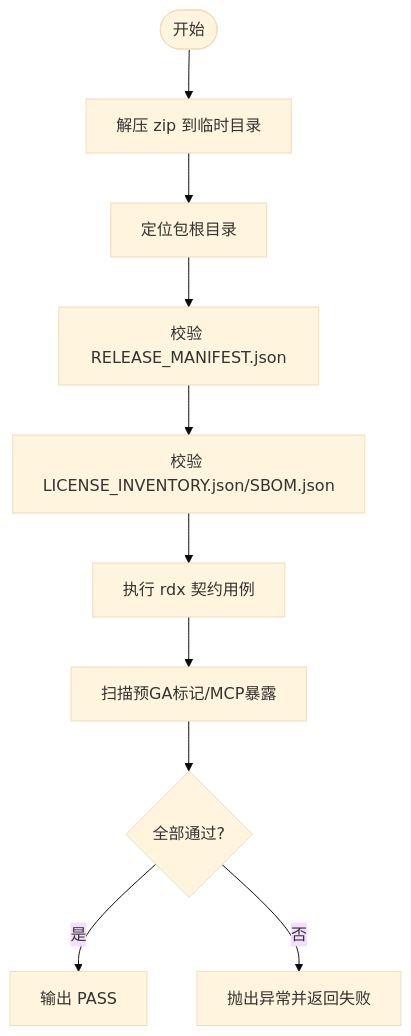
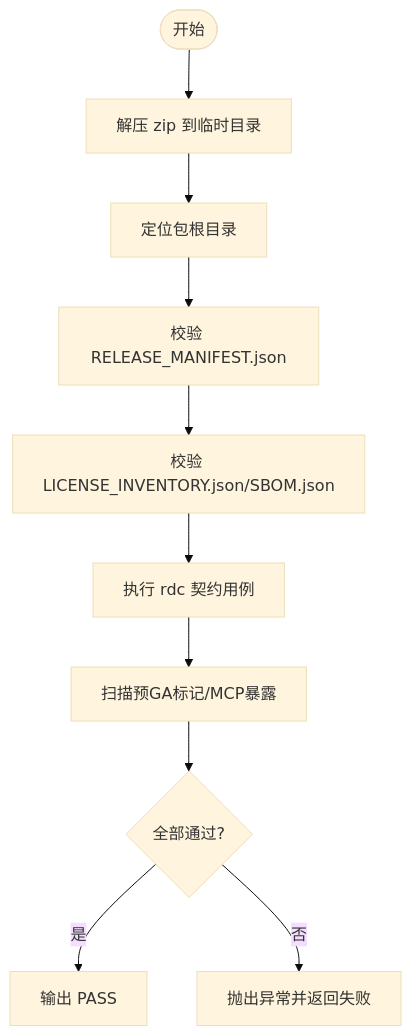
One commit to haolange/RDC-Tool changed the fifth of 6 diagrams in .qoder/repowiki/zh/content/开发指南/测试策略/测试自动化.md. Above: the diagram before and after it, drawn with Mermaid (base theme). The commit also changed other lines of this file and 388 other files, not shown here.

````diff
--- a/.qoder/repowiki/zh/content/开发指南/测试策略/测试自动化.md
+++ b/.qoder/repowiki/zh/content/开发指南/测试策略/测试自动化.md
@@ -215,12 +215,12 @@
 ```mermaid
 flowchart TD
 S(["开始"]) --> Unzip["解压 zip 到临时目录"]
 Unzip --> Root["定位包根目录"]
 Root --> Manifest["校验 RELEASE_MANIFEST.json"]
 Manifest --> License["校验 LICENSE_INVENTORY.json/SBOM.json"]
-License --> Contracts["执行 rdx 契约用例"]
+License --> Contracts["执行 rdc 契约用例"]
 Contracts --> Scan["扫描预GA标记/MCP暴露"]
 Scan --> Result{"全部通过?"}
 Result --> |是| Pass["输出 PASS"]
 Result --> |否| Fail["抛出异常并返回失败"]
 ```
````
